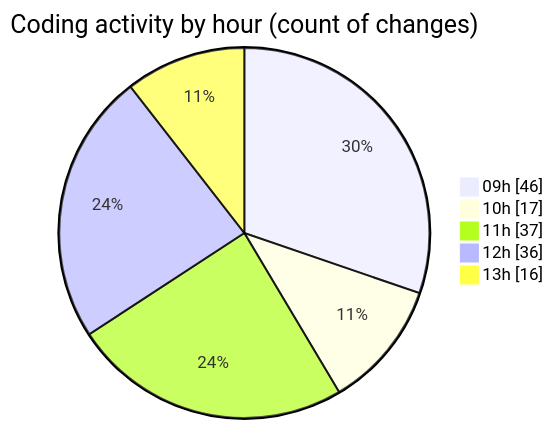
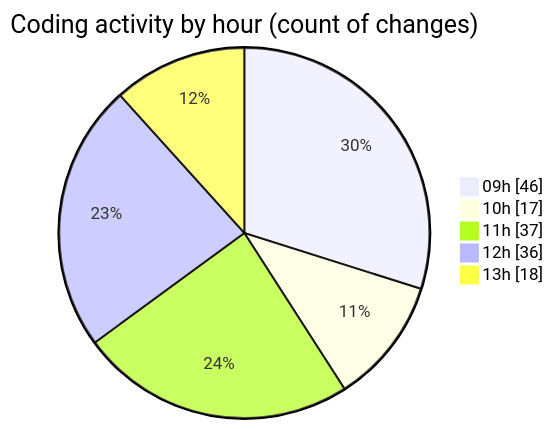
One commit to momahboobian/code-tracking changed the second of 2 diagrams in 2025-03-25/cda/README.md. Above: the diagram before and after it, drawn with Mermaid. The commit also changed other lines of this file and 1 other file, not shown here.

````diff
--- a/2025-03-25/cda/README.md
+++ b/2025-03-25/cda/README.md
@@ -51,9 +51,9 @@
 ```mermaid
 pie showData
 title Coding activity by hour (count of changes)
 "09h" : 46
 "10h" : 17
 "11h" : 37
 "12h" : 36
-"13h" : 16
+"13h" : 18
 ```
````
